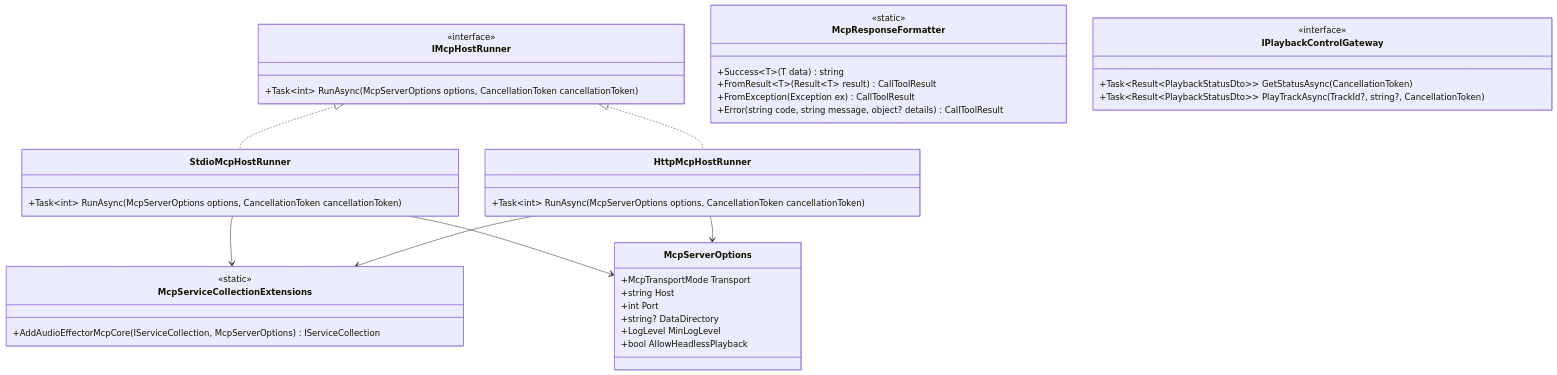
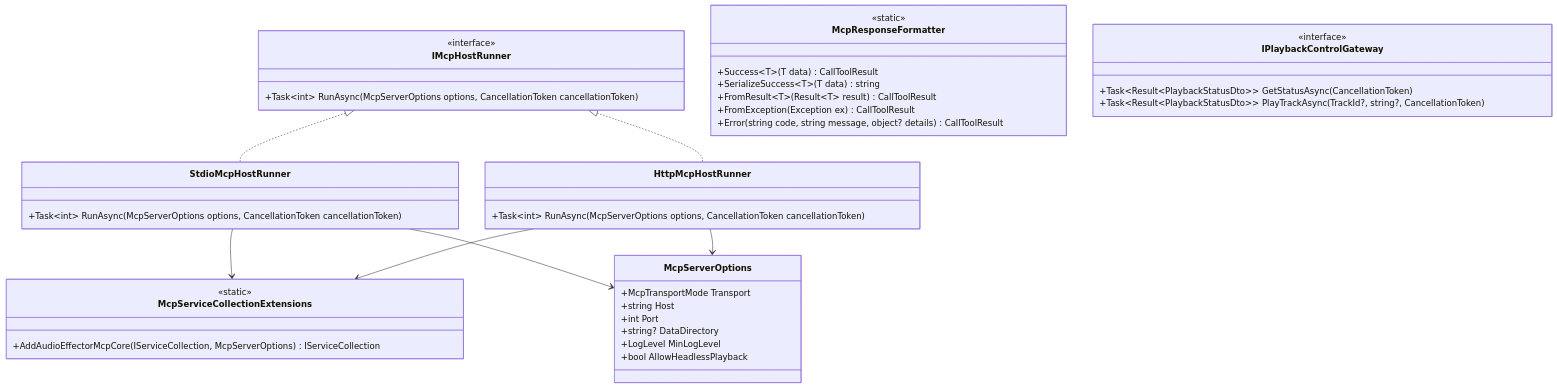
Before and after one commit to taketonnbo/Audio_Effector: the third of 4 diagrams in 設計/詳細設計/MCPサーバ詳細設計書.md, drawn with Mermaid. The commit also changed other lines of this file and 1 other file, not shown here.

````diff
--- a/設計/詳細設計/MCPサーバ詳細設計書.md
+++ b/設計/詳細設計/MCPサーバ詳細設計書.md
@@ -118,50 +118,51 @@
 ```mermaid
 classDiagram
     class McpServerOptions {
         +McpTransportMode Transport
         +string Host
         +int Port
         +string? DataDirectory
         +LogLevel MinLogLevel
         +bool AllowHeadlessPlayback
     }
 
     class IMcpHostRunner {
         <<interface>>
         +Task~int~ RunAsync(McpServerOptions options, CancellationToken cancellationToken)
     }
 
     class StdioMcpHostRunner {
         +Task~int~ RunAsync(McpServerOptions options, CancellationToken cancellationToken)
     }
 
     class HttpMcpHostRunner {
         +Task~int~ RunAsync(McpServerOptions options, CancellationToken cancellationToken)
     }
 
     class McpServiceCollectionExtensions {
         <<static>>
         +AddAudioEffectorMcpCore(IServiceCollection, McpServerOptions) IServiceCollection
     }
 
     class McpResponseFormatter {
         <<static>>
-        +Success~T~(T data) string
+        +Success~T~(T data) CallToolResult
+        +SerializeSuccess~T~(T data) string
         +FromResult~T~(Result~T~ result) CallToolResult
         +FromException(Exception ex) CallToolResult
         +Error(string code, string message, object? details) CallToolResult
     }
 
     class IPlaybackControlGateway {
         <<interface>>
         +Task~Result~PlaybackStatusDto~~ GetStatusAsync(CancellationToken)
         +Task~Result~PlaybackStatusDto~~ PlayTrackAsync(TrackId?, string?, CancellationToken)
     }
 
     IMcpHostRunner <|.. StdioMcpHostRunner
     IMcpHostRunner <|.. HttpMcpHostRunner
     StdioMcpHostRunner --> McpServiceCollectionExtensions
     HttpMcpHostRunner --> McpServiceCollectionExtensions
     StdioMcpHostRunner --> McpServerOptions
     HttpMcpHostRunner --> McpServerOptions
 ```
````
